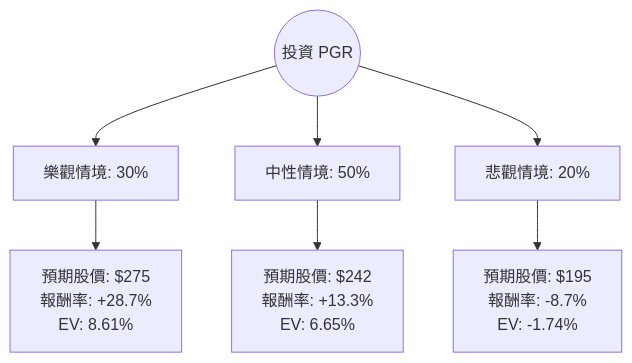
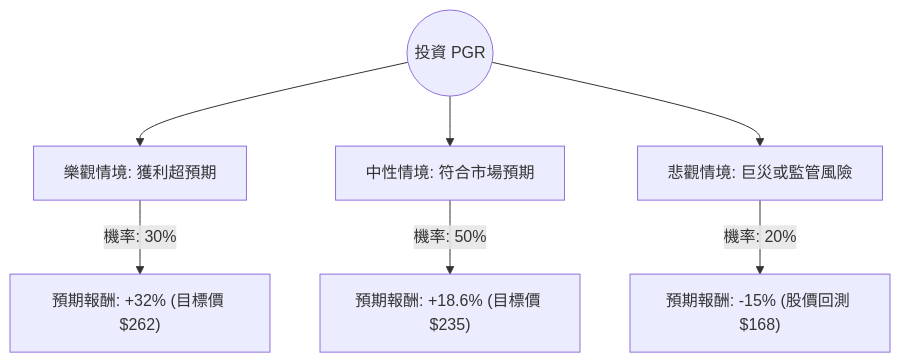
One commit to zmcx16/zmcx16.github.io changed the diagram in plugin-react/ai-analysis/ev-analysis/PGR.md. Above: the diagram before and after it, drawn with Mermaid. The commit also changed other lines of this file and 70 other files, not shown here.

````diff
--- a/plugin-react/ai-analysis/ev-analysis/PGR.md
+++ b/plugin-react/ai-analysis/ev-analysis/PGR.md
@@ -19,10 +19,10 @@
 ```mermaid
 graph TD
-    Start((投資 PGR)) --> Bull[樂觀情境: 30%]
-    Start --> Base[中性情境: 50%]
-    Start --> Bear[悲觀情境: 20%]
+    Start((投資 PGR)) --> Bull[樂觀情境: 獲利超預期]
+    Start --> Base[中性情境: 符合市場預期]
+    Start --> Bear[悲觀情境: 巨災或監管風險]
 
-    Bull --> BullVal[預期股價: $275 <br> 報酬率: +28.7% <br> EV: 8.61%]
-    Base --> BaseVal[預期股價: $242 <br> 報酬率: +13.3% <br> EV: 6.65%]
-    Bear --> BearVal[預期股價: $195 <br> 報酬率: -8.7% <br> EV: -1.74%]
+    Bull -- "機率: 30%" --> BullResult["預期報酬: +32% (目標價 $262)"]
+    Base -- "機率: 50%" --> BaseResult["預期報酬: +18.6% (目標價 $235)"]
+    Bear -- "機率: 20%" --> BearResult["預期報酬: -15% (股價回測 $168)"]
 ```
````
